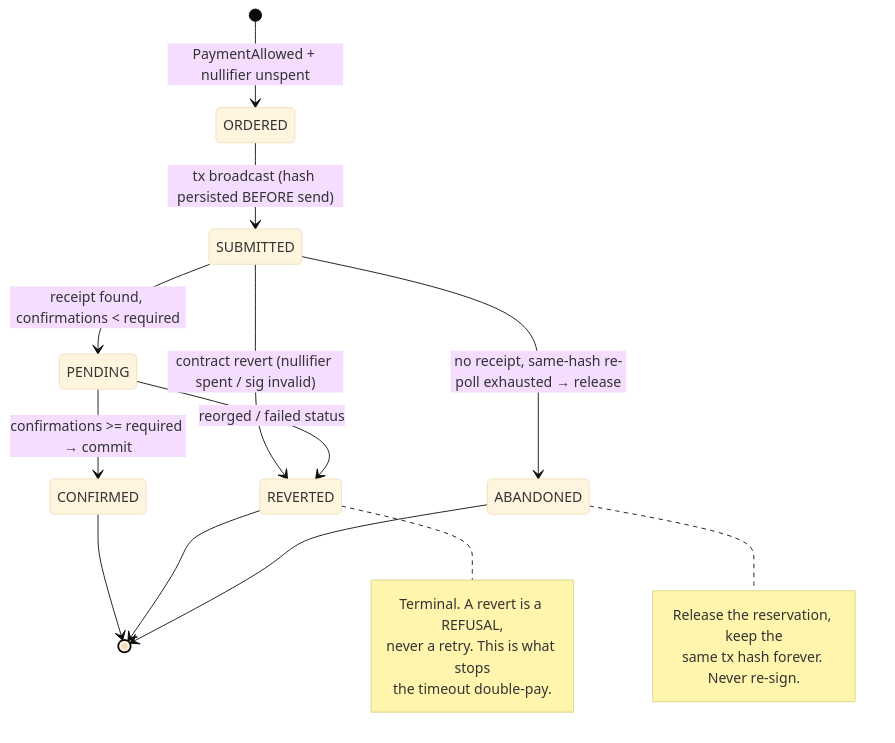
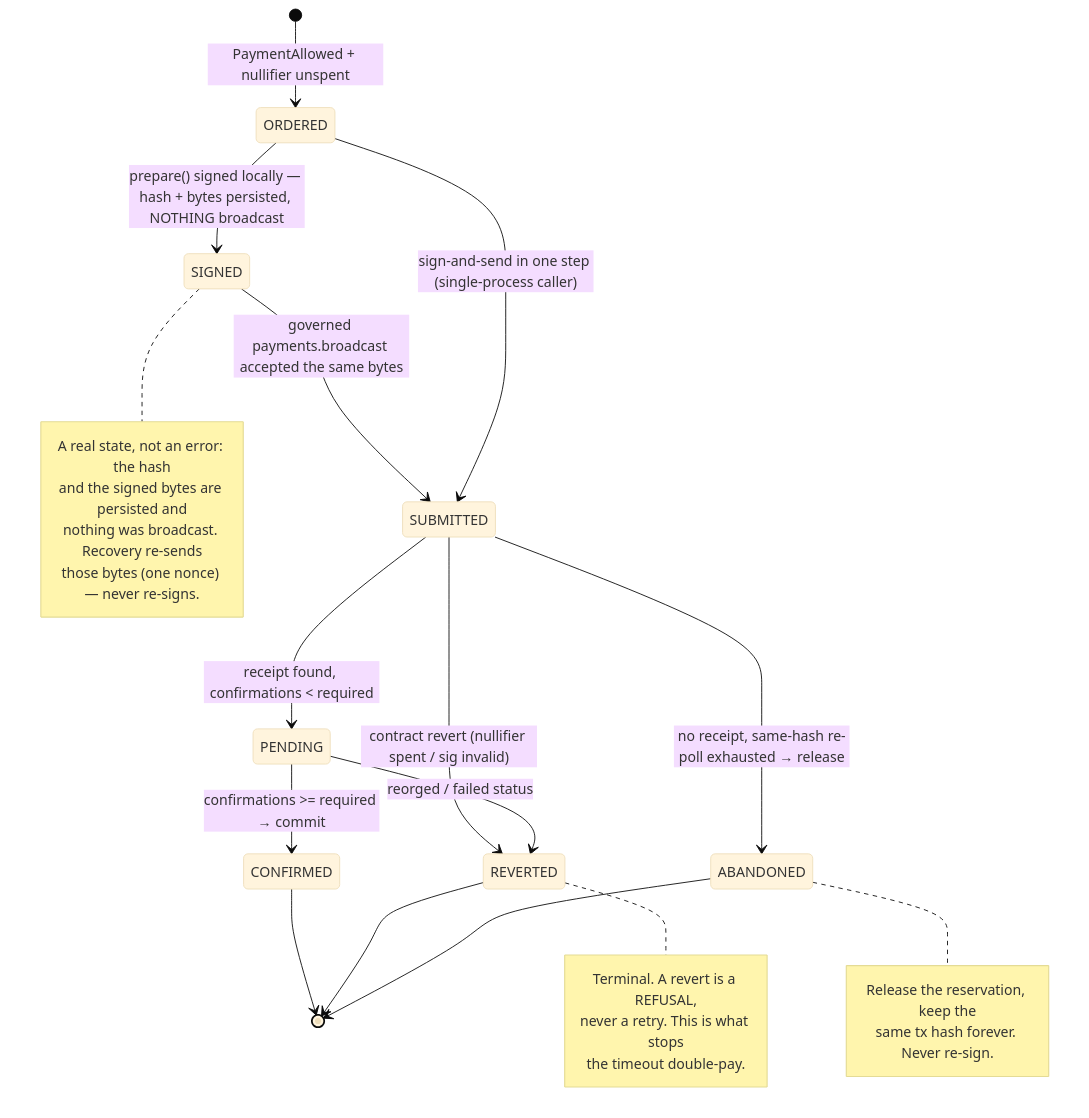
One commit to arman-jalili/bursar changed the third of 4 diagrams in backend/.pi/architecture/modules/settlement.md. Above: the diagram before and after it, drawn with Mermaid (base theme). The commit also changed other lines of this file and 26 other files, not shown here.

````diff
--- a/backend/.pi/architecture/modules/settlement.md
+++ b/backend/.pi/architecture/modules/settlement.md
@@ -228,23 +243,31 @@
 ```mermaid
 stateDiagram-v2
     [*] --> ORDERED : PaymentAllowed + nullifier unspent
-    ORDERED --> SUBMITTED : tx broadcast (hash persisted BEFORE send)
+    ORDERED --> SIGNED : prepare() signed locally — hash + bytes persisted, NOTHING broadcast
+    SIGNED --> SUBMITTED : governed payments.broadcast accepted the same bytes
+    ORDERED --> SUBMITTED : sign-and-send in one step (single-process caller)
     SUBMITTED --> PENDING : receipt found, confirmations < required
     PENDING --> CONFIRMED : confirmations >= required → commit
     SUBMITTED --> REVERTED : contract revert (nullifier spent / sig invalid)
     PENDING --> REVERTED : reorged / failed status
     SUBMITTED --> ABANDONED : no receipt, same-hash re-poll exhausted → release
     CONFIRMED --> [*]
     REVERTED --> [*]
     ABANDONED --> [*]
 
     note right of REVERTED
         Terminal. A revert is a REFUSAL,
         never a retry. This is what stops
         the timeout double-pay.
     end note
     note right of ABANDONED
         Release the reservation, keep the
         same tx hash forever. Never re-sign.
     end note
+    note right of SIGNED
+        A real state, not an error: the hash
+        and the signed bytes are persisted and
+        nothing was broadcast. Recovery re-sends
+        those bytes (one nonce) — never re-signs.
+    end note
 ```
````
